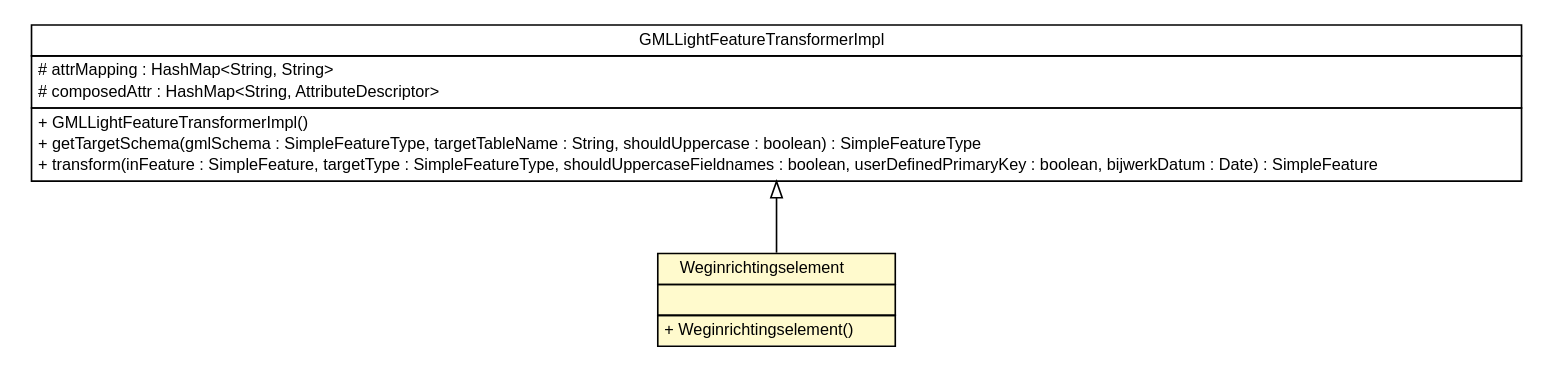
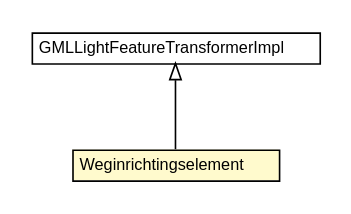
Before and after one commit to B3Partners/brmo: the diagram in bgt-gml-loader/apidocs/nl/b3p/brmo/loader/gml/light/Weginrichtingselement.dot, drawn with Graphviz. The commit also changed 363 other files, not shown here.

```diff
--- a/bgt-gml-loader/apidocs/nl/b3p/brmo/loader/gml/light/Weginrichtingselement.dot
+++ b/bgt-gml-loader/apidocs/nl/b3p/brmo/loader/gml/light/Weginrichtingselement.dot
@@ -1,41 +1,26 @@
 #!/usr/local/bin/dot
 #
 # Class diagram 
 # Generated by UMLGraph version R5_6-24-gf6e263 (http://www.umlgraph.org/)
 #
 
 digraph G {
 	edge [fontname="Helvetica",fontsize=10,labelfontname="Helvetica",labelfontsize=10];
 	node [fontname="Helvetica",fontsize=10,shape=plaintext];
 	nodesep=0.25;
 	ranksep=0.5;
 	// nl.b3p.brmo.loader.gml.light.Weginrichtingselement
-	c1633 [label=<<table title="nl.b3p.brmo.loader.gml.light.Weginrichtingselement" border="0" cellborder="1" cellspacing="0" cellpadding="2" port="p" bgcolor="lemonChiffon" href="./Weginrichtingselement.html">
+	c1615 [label=<<table title="nl.b3p.brmo.loader.gml.light.Weginrichtingselement" border="0" cellborder="1" cellspacing="0" cellpadding="2" port="p" bgcolor="lemonChiffon" href="./Weginrichtingselement.html">
 		<tr><td><table border="0" cellspacing="0" cellpadding="1">
 <tr><td align="center" balign="center"> Weginrichtingselement </td></tr>
 		</table></td></tr>
-		<tr><td><table border="0" cellspacing="0" cellpadding="1">
-<tr><td align="left" balign="left">  </td></tr>
-		</table></td></tr>
-		<tr><td><table border="0" cellspacing="0" cellpadding="1">
-<tr><td align="left" balign="left"> + Weginrichtingselement() </td></tr>
-		</table></td></tr>
 		</table>>, URL="./Weginrichtingselement.html", fontname="Helvetica", fontcolor="black", fontsize=10.0];
 	// nl.b3p.brmo.loader.gml.light.GMLLightFeatureTransformerImpl
-	c1655 [label=<<table title="nl.b3p.brmo.loader.gml.light.GMLLightFeatureTransformerImpl" border="0" cellborder="1" cellspacing="0" cellpadding="2" port="p" href="./GMLLightFeatureTransformerImpl.html">
+	c1637 [label=<<table title="nl.b3p.brmo.loader.gml.light.GMLLightFeatureTransformerImpl" border="0" cellborder="1" cellspacing="0" cellpadding="2" port="p" href="./GMLLightFeatureTransformerImpl.html">
 		<tr><td><table border="0" cellspacing="0" cellpadding="1">
 <tr><td align="center" balign="center"> GMLLightFeatureTransformerImpl </td></tr>
 		</table></td></tr>
-		<tr><td><table border="0" cellspacing="0" cellpadding="1">
-<tr><td align="left" balign="left"> # attrMapping : HashMap&lt;String, String&gt; </td></tr>
-<tr><td align="left" balign="left"> # composedAttr : HashMap&lt;String, AttributeDescriptor&gt; </td></tr>
-		</table></td></tr>
-		<tr><td><table border="0" cellspacing="0" cellpadding="1">
-<tr><td align="left" balign="left"> + GMLLightFeatureTransformerImpl() </td></tr>
-<tr><td align="left" balign="left"> + getTargetSchema(gmlSchema : SimpleFeatureType, targetTableName : String, shouldUppercase : boolean) : SimpleFeatureType </td></tr>
-<tr><td align="left" balign="left"> + transform(inFeature : SimpleFeature, targetType : SimpleFeatureType, shouldUppercaseFieldnames : boolean, userDefinedPrimaryKey : boolean, bijwerkDatum : Date) : SimpleFeature </td></tr>
-		</table></td></tr>
 		</table>>, URL="./GMLLightFeatureTransformerImpl.html", fontname="Helvetica", fontcolor="black", fontsize=10.0];
 	//nl.b3p.brmo.loader.gml.light.Weginrichtingselement extends nl.b3p.brmo.loader.gml.light.GMLLightFeatureTransformerImpl
-	c1655:p -> c1633:p [dir=back,arrowtail=empty];
+	c1637:p -> c1615:p [dir=back,arrowtail=empty];
 }
```
